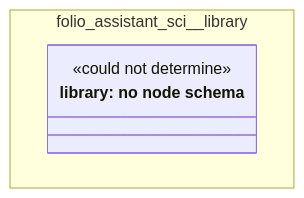
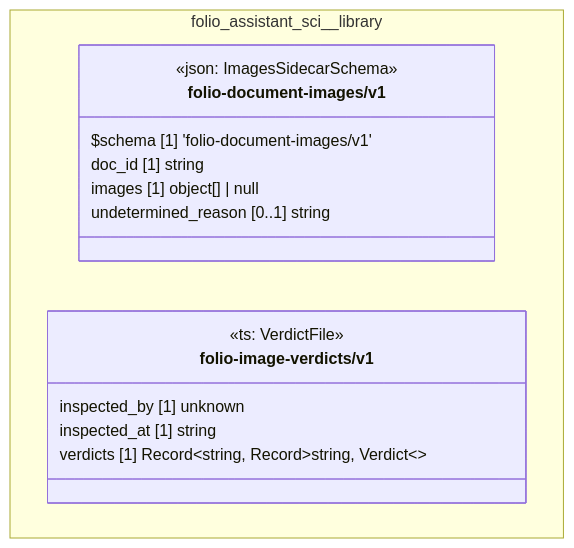
Before and after one commit to litlfred/folio-assistant: the diagram in cat-harness/docs/uml/overview/folio-assistant-sci/library.md, drawn with Mermaid. The commit also changed other lines of this file and 220 other files, not shown here.

First line of the commit message:
quda: register node schemas for the graph kinds that had none

````diff
--- a/cat-harness/docs/uml/overview/folio-assistant-sci/library.md
+++ b/cat-harness/docs/uml/overview/folio-assistant-sci/library.md
@@ -12,11 +12,21 @@
 ```mermaid
 classDiagram
   direction TB
   namespace folio_assistant_sci__library {
-    class n_folio_assistant_sci_library_library["library: no node schema"] {
-      <<could not determine>>
+    class folio_assistant_sci_library_folio_document_images_v1_folio_document_images_v1["folio-document-images/v1"] {
+      <<json: ImagesSidecarSchema>>
+      $schema [1] 'folio-document-images/v1'
+      doc_id [1] string
+      images [1] object[] | null
+      undetermined_reason [0..1] string
+    }
+    class folio_assistant_sci_library_folio_image_verdicts_v1["folio-image-verdicts/v1"] {
+      <<ts: VerdictFile>>
+      inspected_by [1] unknown
+      inspected_at [1] string
+      verdicts [1] Record~string, Record~string, Verdict~~
     }
   }
-  cssClass "n_folio_assistant_sci_library_library" fa_uml_kind_library
-  cssClass "n_folio_assistant_sci_library_library" fa_uml_undetermined
+  cssClass "folio_assistant_sci_library_folio_document_images_v1_folio_document_images_v1" fa_uml_kind_library
+  cssClass "folio_assistant_sci_library_folio_image_verdicts_v1" fa_uml_kind_library
 ```
````
